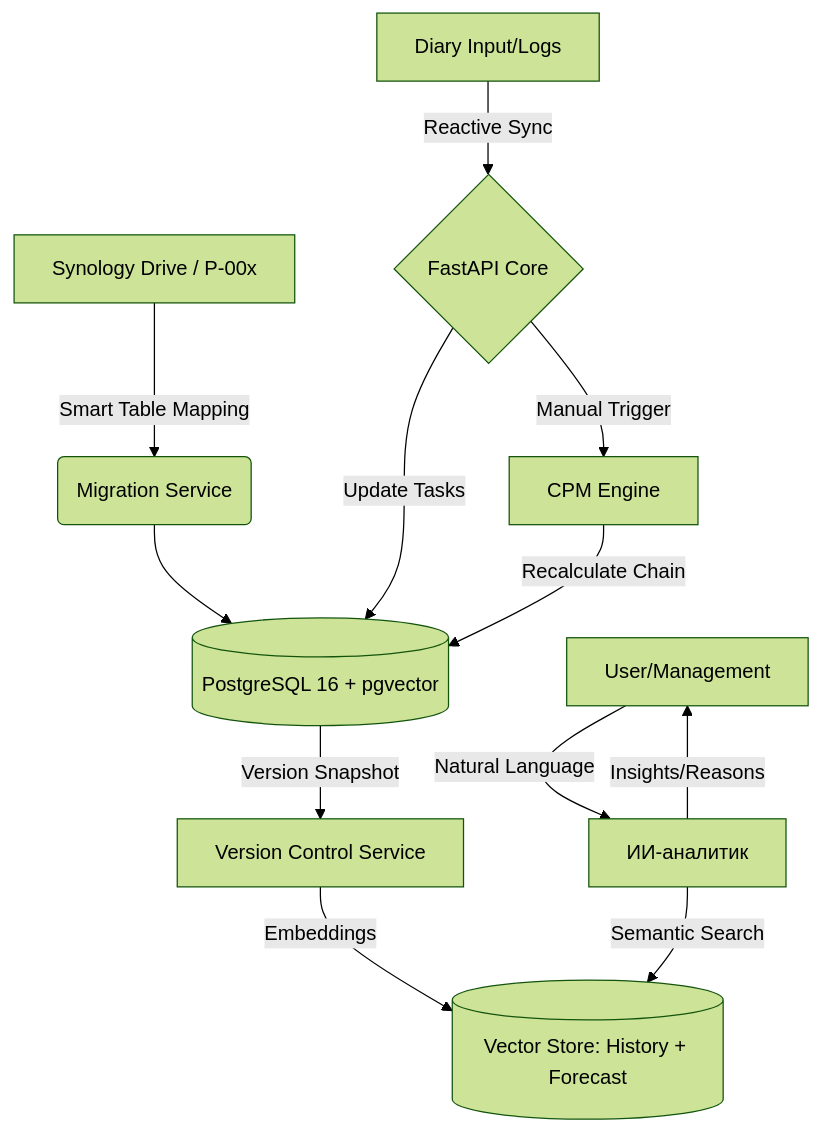
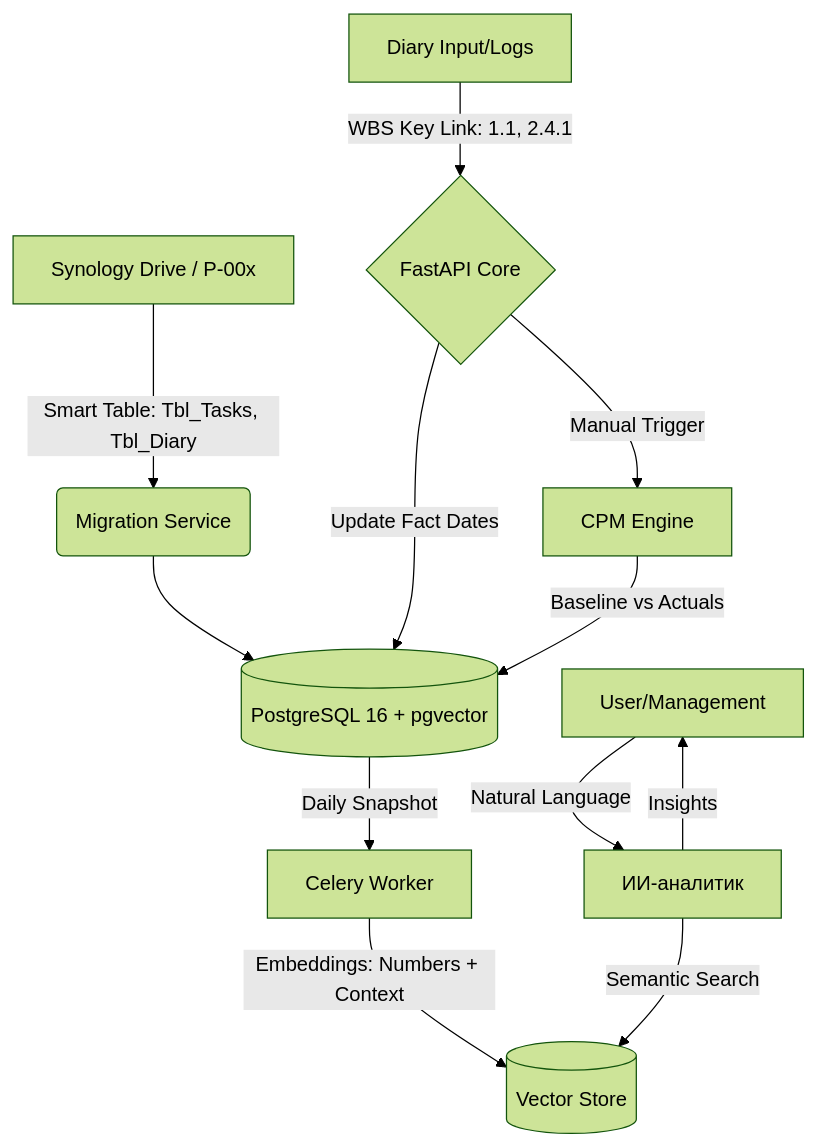
One commit to fckmanabove/Project-Chain changed the diagram in README.md. Above: the diagram before and after it, drawn with Mermaid (forest theme). The commit also changed other lines of this file, not shown here.

````diff
--- a/README.md
+++ b/README.md
@@ -8,14 +8,14 @@
 ```mermaid
 graph TD
-    A[Synology Drive / P-00x] -->|Smart Table Mapping| B(Migration Service)
+    A[Synology Drive / P-00x] -->|Smart Table: Tbl_Tasks, Tbl_Diary| B(Migration Service)
     B --> C[(PostgreSQL 16 + pgvector)]
-    D[Diary Input/Logs] -->|Reactive Sync| E{FastAPI Core}
-    E -->|Update Tasks| C
+    D[Diary Input/Logs] -->|WBS Key Link: 1.1, 2.4.1| E{FastAPI Core}
+    E -->|Update Fact Dates| C
     E -->|Manual Trigger| F[CPM Engine]
-    F -->|Recalculate Chain| C
-    C -->|Version Snapshot| G[Version Control Service]
-    G -->|Embeddings| H[(Vector Store: History + Forecast)]
+    F -->|Baseline vs Actuals| C
+    C -->|Daily Snapshot| G[Celery Worker]
+    G -->|Embeddings: Numbers + Context| H[(Vector Store)]
     I[User/Management] -->|Natural Language| J[ИИ-аналитик]
     J -->|Semantic Search| H
-    J -->|Insights/Reasons| I
+    J -->|Insights| I
 ```
````
